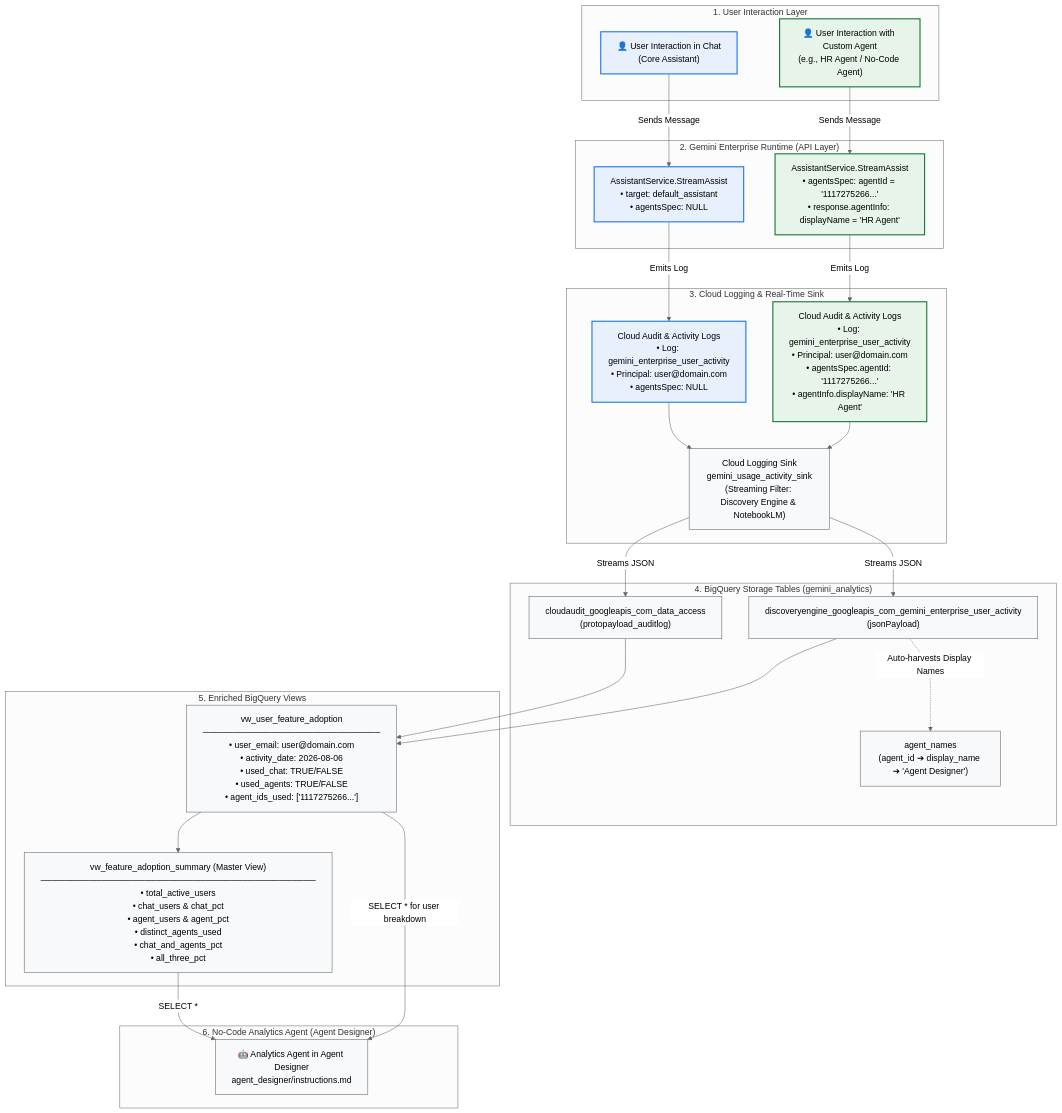
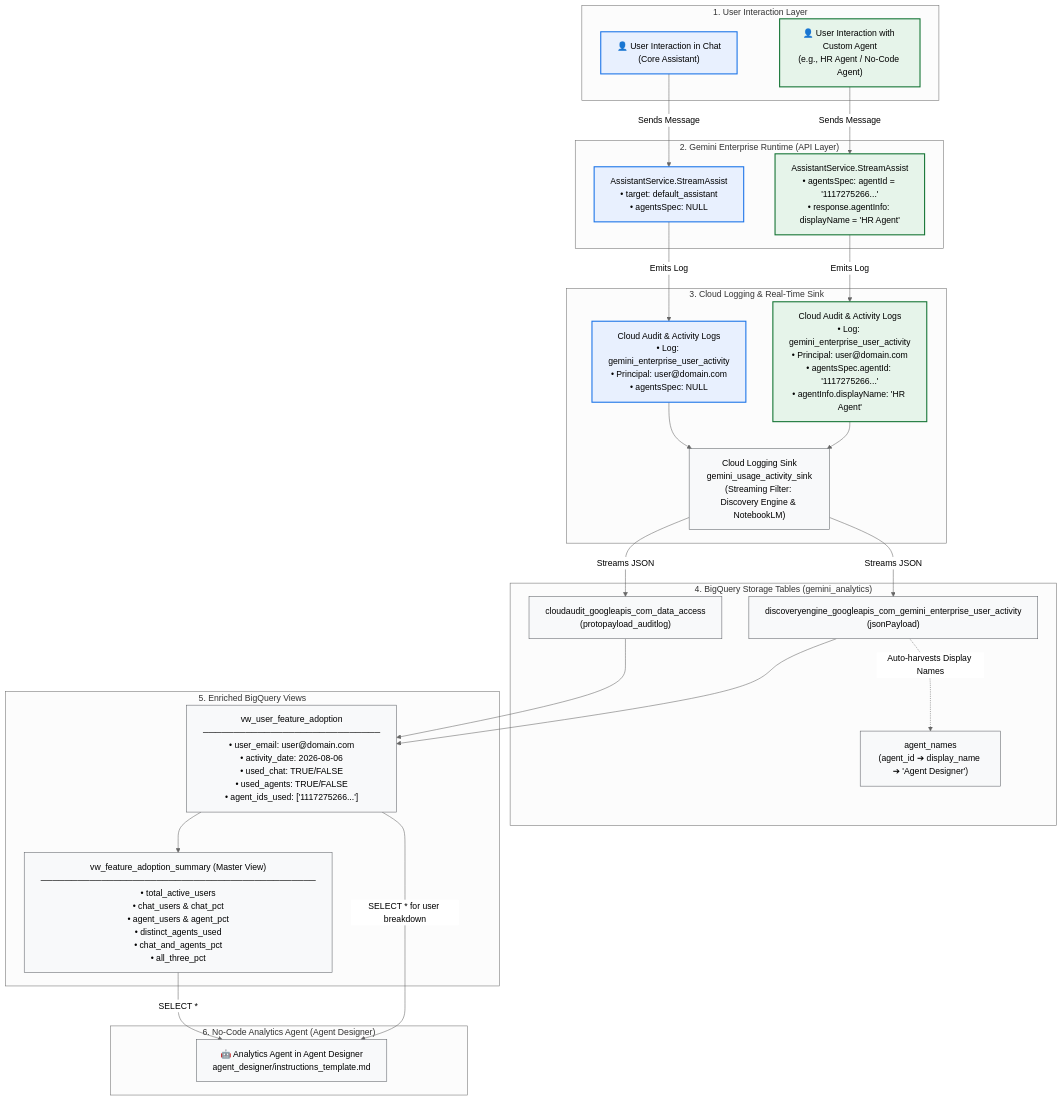
The diagram in flow.md (mpolski/ge-analytics-4-business-value), drawn with Mermaid (neutral theme) before and after one commit. The commit also changed 4 other files, not shown here.

First line of the commit message:
refactor(agent_designer): rename instructions.md to instructions_template.md and update README

````diff
--- a/flow.md
+++ b/flow.md
@@ -102,68 +102,68 @@
 ```mermaid
 flowchart TD
     subgraph USER_LAYER["1. User Interaction Layer"]
         U1["👤 User Interaction in Chat<br/>(Core Assistant)"]
         U2["👤 User Interaction with Custom Agent<br/>(e.g., HR Agent / No-Code Agent)"]
     end
 
     subgraph RUNTIME_LAYER["2. Gemini Enterprise Runtime (API Layer)"]
         API1["AssistantService.StreamAssist<br/>• target: default_assistant<br/>• agentsSpec: NULL"]
         API2["AssistantService.StreamAssist<br/>• agentsSpec: agentId = '1117275266...'<br/>• response.agentInfo: displayName = 'HR Agent'"]
     end
 
     subgraph LOGGING_LAYER["3. Cloud Logging & Real-Time Sink"]
         L1["Cloud Audit & Activity Logs<br/>• Log: gemini_enterprise_user_activity<br/>• Principal: user@domain.com<br/>• agentsSpec: NULL"]
         L2["Cloud Audit & Activity Logs<br/>• Log: gemini_enterprise_user_activity<br/>• Principal: user@domain.com<br/>• agentsSpec.agentId: '1117275266...'<br/>• agentInfo.displayName: 'HR Agent'"]
         
         SINK["Cloud Logging Sink<br/>gemini_usage_activity_sink<br/>(Streaming Filter: Discovery Engine & NotebookLM)"]
     end
 
     subgraph BQ_RAW["4. BigQuery Storage Tables (gemini_analytics)"]
         T_AUDIT["cloudaudit_googleapis_com_data_access<br/>(protopayload_auditlog)"]
         T_ACTIVITY["discoveryengine_googleapis_com_gemini_enterprise_user_activity<br/>(jsonPayload)"]
         T_NAMES["agent_names<br/>(agent_id ➔ display_name ➔ 'Agent Designer')"]
     end
 
     subgraph BQ_VIEWS["5. Enriched BigQuery Views"]
         V_USER["vw_user_feature_adoption<br/>─────────────────────────────<br/>• user_email: user@domain.com<br/>• activity_date: 2026-08-06<br/>• used_chat: TRUE/FALSE<br/>• used_agents: TRUE/FALSE<br/>• agent_ids_used: ['1117275266...']"]
         
         V_SUM["vw_feature_adoption_summary (Master View)<br/>─────────────────────────────────────────────<br/>• total_active_users<br/>• chat_users & chat_pct<br/>• agent_users & agent_pct<br/>• distinct_agents_used<br/>• chat_and_agents_pct<br/>• all_three_pct"]
     end
 
     subgraph CONSUMER["6. No-Code Analytics Agent (Agent Designer)"]
-        AGENT["🤖 Analytics Agent in Agent Designer<br/>agent_designer/instructions.md"]
+        AGENT["🤖 Analytics Agent in Agent Designer<br/>agent_designer/instructions_template.md"]
     end
 
     %% Case 1 Flows
     U1 -->|Sends Message| API1
     API1 -->|Emits Log| L1
     L1 --> SINK
 
     %% Case 2 Flows
     U2 -->|Sends Message| API2
     API2 -->|Emits Log| L2
     L2 --> SINK
 
     %% Ingestion
     SINK -->|Streams JSON| T_AUDIT
     SINK -->|Streams JSON| T_ACTIVITY
     T_ACTIVITY -.->|Auto-harvests Display Names| T_NAMES
 
     %% View Transformations
     T_AUDIT --> V_USER
     T_ACTIVITY --> V_USER
     V_USER --> V_SUM
 
     %% Querying
     V_SUM -->|SELECT *| AGENT
     V_USER -->|SELECT * for user breakdown| AGENT
 
     %% Styling
     classDef case1 fill:#e8f0fe,stroke:#1a73e8,stroke-width:2px;
     classDef case2 fill:#e6f4ea,stroke:#137333,stroke-width:2px;
     classDef infra fill:#f8f9fa,stroke:#5f6368,stroke-width:1px;
     
     class U1,API1,L1 case1;
     class U2,API2,L2 case2;
     class SINK,T_AUDIT,T_ACTIVITY,T_NAMES,V_USER,V_SUM,AGENT infra;
 ```
````
